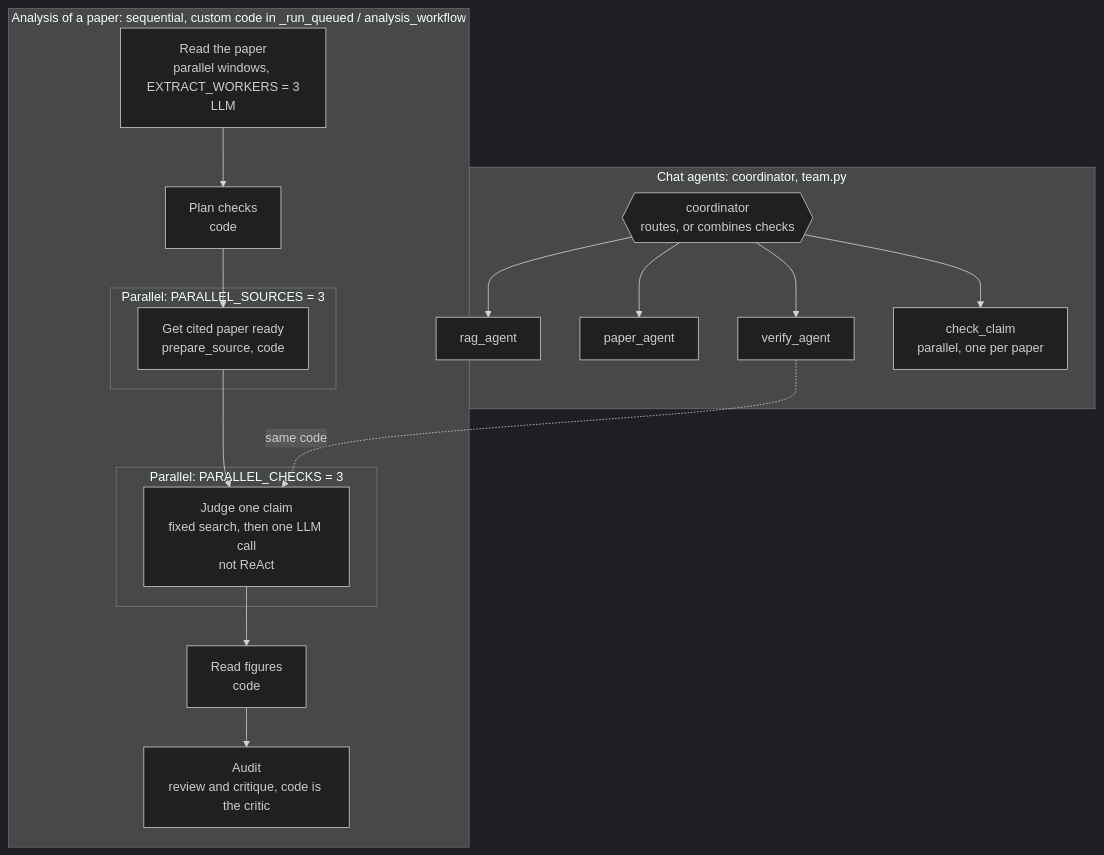
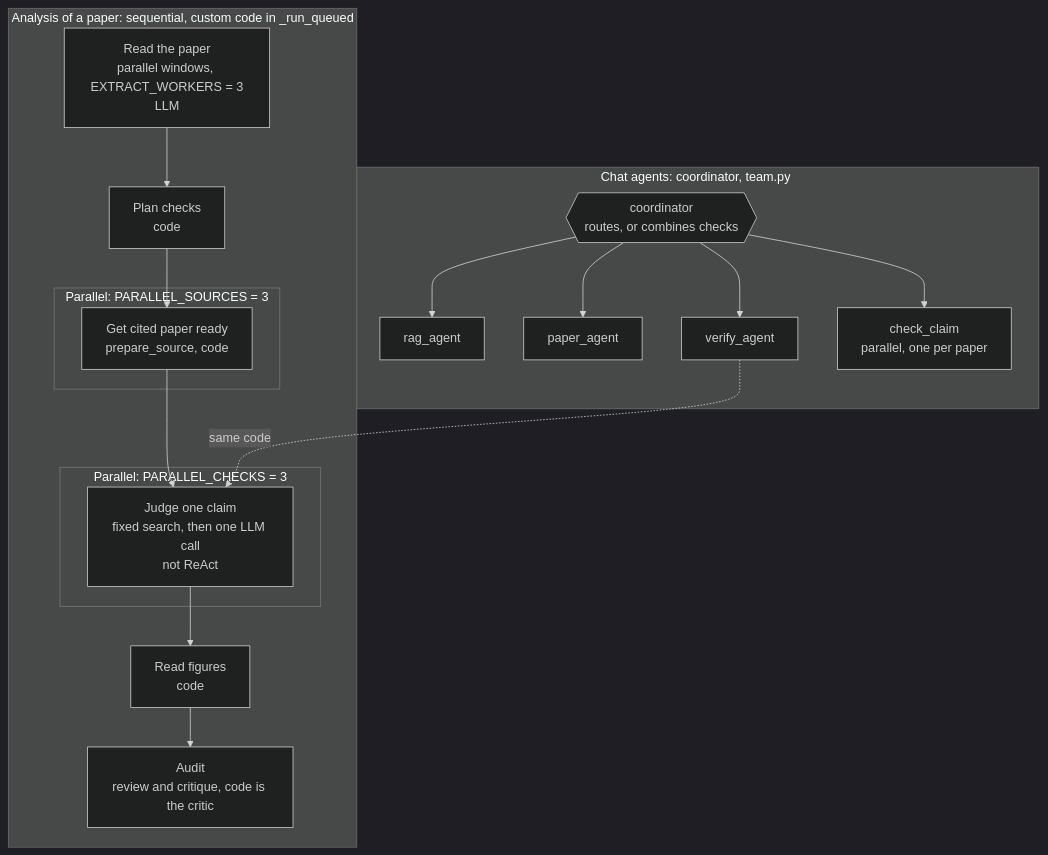
Before and after one commit to ZenithGeeks/SecretSource-prototype: the fourth of 4 diagrams in ARCHITECTURE.md, drawn with Mermaid (dark theme). The commit also changed other lines of this file and 11 other files, not shown here.

First line of the commit message:
refactor(SCRUM-528): remove the ADK graph copy of the analysis pipeline

````diff
--- a/ARCHITECTURE.md
+++ b/ARCHITECTURE.md
@@ -331,30 +296,30 @@
 ```mermaid
 flowchart TD
-    subgraph ANALYSIS ["Analysis of a paper: sequential, custom code in _run_queued / analysis_workflow"]
+    subgraph ANALYSIS ["Analysis of a paper: sequential, custom code in _run_queued"]
         P["Read the paper<br/>parallel windows, EXTRACT_WORKERS = 3<br/>LLM"]
         PL["Plan checks<br/>code"]
         subgraph PREP ["Parallel: PARALLEL_SOURCES = 3"]
             S["Get cited paper ready<br/>prepare_source, code"]
         end
         subgraph JUDGE ["Parallel: PARALLEL_CHECKS = 3"]
             J["Judge one claim<br/>fixed search, then one LLM call<br/>not ReAct"]
         end
         F["Read figures<br/>code"]
         A["Audit<br/>review and critique, code is the critic"]
         P --> PL --> S --> J --> F --> A
     end
 
     subgraph CHAT ["Chat agents: coordinator, team.py"]
         C{{"coordinator<br/>routes, or combines checks"}}
         R["rag_agent"]
         PA["paper_agent"]
         V["verify_agent"]
         CC["check_claim<br/>parallel, one per paper"]
         C --> R
         C --> PA
         C --> V
         C --> CC
     end
 
     V -.->|"same code"| J
 ```
````
